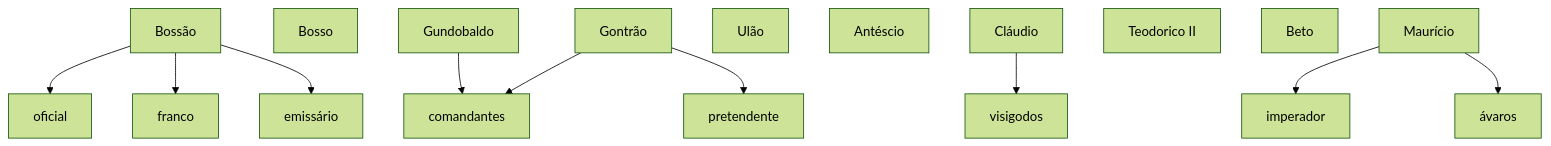
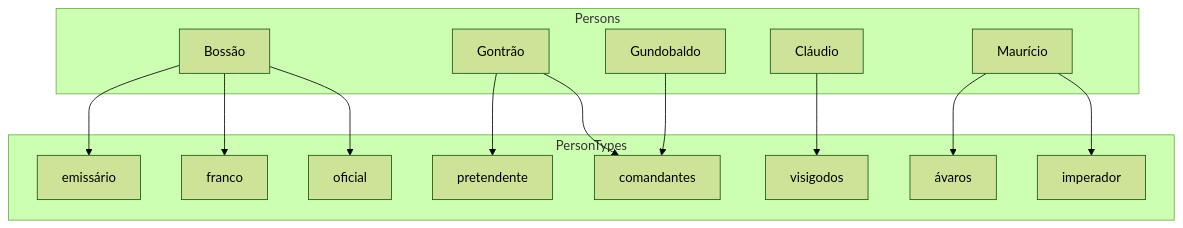
Before and after one commit to thiago619/DIOLab-Azureia-projeto: the diagram in README.md, drawn with Mermaid (forest theme).

````diff
--- a/README.md
+++ b/README.md
@@ -353,39 +353,37 @@
 ```mermaid
 graph TD
-    %% Pessoas
-    Bossao[Bossão]
-    Bosso[Bosso]
-    Gontrao[Gontrão]
-    Gundobaldo[Gundobaldo]
-    Ulao[Ulão]
-    Antescio[Antéscio]
-    Claudio[Cláudio]
-    Teodorico[Teodorico II]
-    Beto[Beto]
-    Mauricio[Maurício]
+    subgraph Persons
+        Bossao[Bossão]
+        Gontrao[Gontrão]
+        Gundobaldo[Gundobaldo]
+        Claudio[Cláudio]
+        Mauricio[Maurício]
+    end
 
-    %% Tipos de Pessoas
-    Oficial[oficial]
-    Franco[franco]
-    Comandantes[comandantes]
-    Pretendente[pretendente]
-    Visigodos[visigodos]
-    Emissario[emissário]
-    Imperador[imperador]
-    Avaros[ávaros]
+    subgraph PersonTypes
+        Oficial[oficial]
+        Franco[franco]
+        Comandantes[comandantes]
+        Pretendente[pretendente]
+        Visigodos[visigodos]
+        Emissario[emissário]
+        Imperador[imperador]
+        Avaros[ávaros]
+    end
 
     %% Relações inferidas
     Bossao --> Oficial
     Bossao --> Franco
     Bossao --> Emissario
 
     Gontrao --> Comandantes
     Gontrao --> Pretendente
 
     Gundobaldo --> Comandantes
 
     Claudio --> Visigodos
 
     Mauricio --> Imperador
     Mauricio --> Avaros
+
 ```
````
